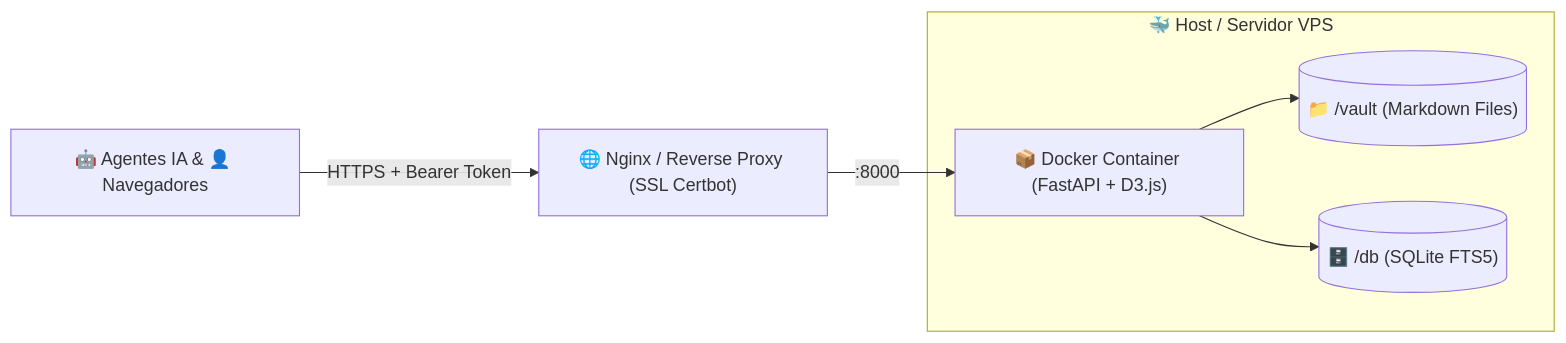
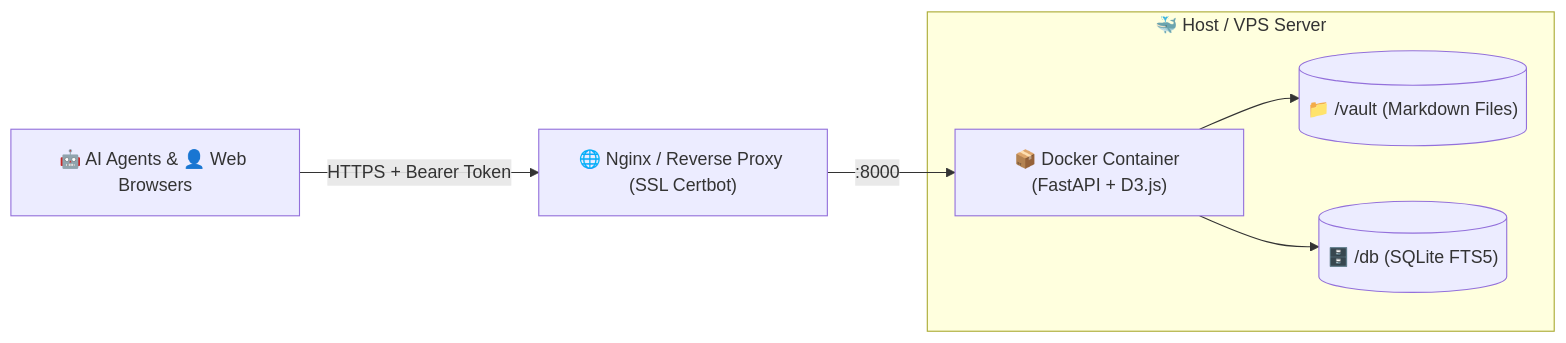
One commit to MikelCuellar/supramemory changed the second of 3 diagrams in README.md. Above: the diagram before and after it, drawn with Mermaid. The commit also changed other lines of this file and 1 other file, not shown here.

````diff
--- a/README.md
+++ b/README.md
@@ -236,12 +238,12 @@
 ```mermaid
 graph LR
-    subgraph Local_or_VPS["🐳 Host / Servidor VPS"]
+    subgraph Local_or_VPS["🐳 Host / VPS Server"]
         Docker["📦 Docker Container (FastAPI + D3.js)"]
         VaultVol[("📁 /vault (Markdown Files)")]
         DBVol[("🗄️ /db (SQLite FTS5)")]
         Docker --> VaultVol
         Docker --> DBVol
     end
     Nginx["🌐 Nginx / Reverse Proxy (SSL Certbot)"] -->|:8000| Docker
-    Clients["🤖 Agentes IA & 👤 Navegadores"] -->|HTTPS + Bearer Token| Nginx
+    Clients["🤖 AI Agents & 👤 Web Browsers"] -->|HTTPS + Bearer Token| Nginx
 ```
````
